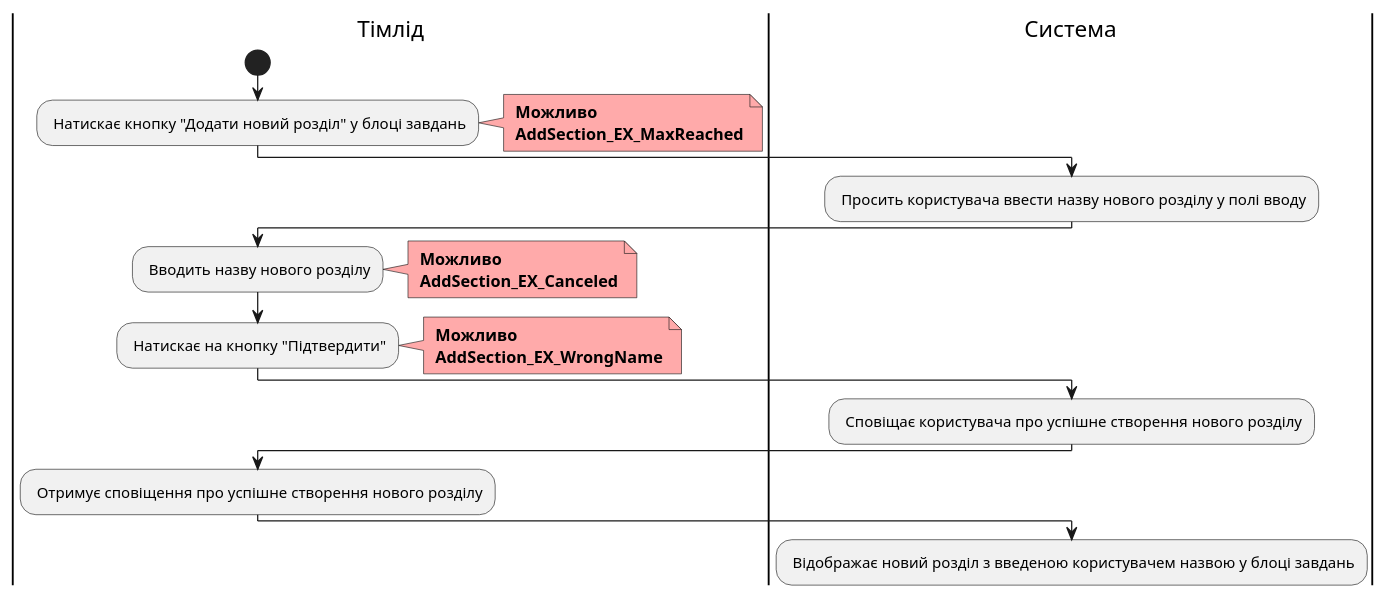
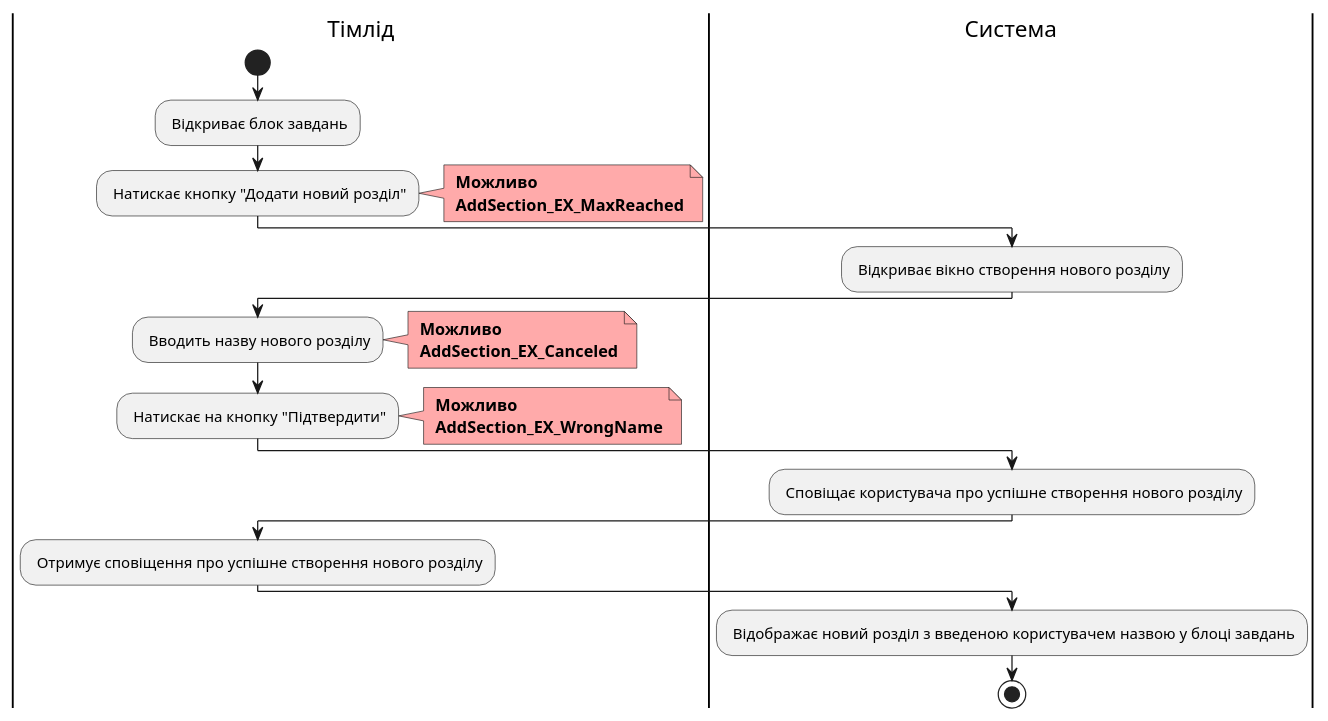
Before and after one commit to boldak/edu-db-cw: the tenth of 19 diagrams in docs/use cases/README.md, drawn with PlantUML. The commit also changed other lines of this file and 1 other file, not shown here.

```diff
--- a/docs/use cases/README.md
+++ b/docs/use cases/README.md
@@ -606,37 +619,41 @@
 @startuml
 
     |Тімлід|
         start
-        : Натискає кнопку "Додати новий розділ" у блоці завдань;
+        : Відкриває блок завдань;
+
+    |Тімлід|
+        : Натискає кнопку "Додати новий розділ";
         note right #ffaaaa
         <b> Можливо
         <b> AddSection_EX_MaxReached
         end note
 
     |Система|
-        : Просить користувача ввести назву нового розділу у полі вводу;
+        : Відкриває вікно створення нового розділу;
 
     |Тімлід|
         : Вводить назву нового розділу;
         note right #ffaaaa
         <b> Можливо
         <b> AddSection_EX_Canceled
         end note
 
     |Тімлід|
         : Натискає на кнопку "Підтвердити";
         note right #ffaaaa
         <b> Можливо
         <b> AddSection_EX_WrongName
         end note
 
     |Система|
         : Сповіщає користувача про успішне створення нового розділу;
 
     |Тімлід|
         : Отримує сповіщення про успішне створення нового розділу;  
 
     |Система|
-        : Відображає новий розділ з введеною користувачем назвою у блоці завдань;  
+        : Відображає новий розділ з введеною користувачем назвою у блоці завдань; 
+        stop; 
 
 @enduml
```
